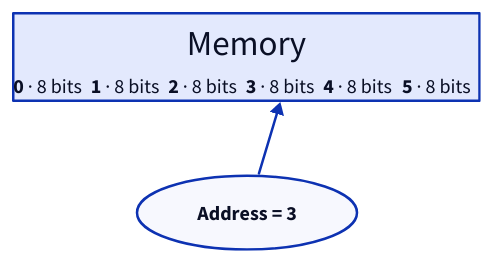
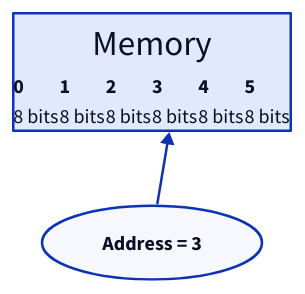
The fourth of 19 diagrams in src/computer-science/DSA/data-structures/1.arrays/01-introduction.md (ani2fun/note-book), drawn with D2 before and after one commit. The commit also changed other lines of this file, not shown here.

````diff
--- a/src/computer-science/DSA/data-structures/1.arrays/01-introduction.md
+++ b/src/computer-science/DSA/data-structures/1.arrays/01-introduction.md
@@ -142,31 +142,31 @@
 ```d2
 direction: right
 
 mem: Memory {
   grid-columns: 6
   grid-gap: 0
   b0: |md
-    **0** · 8 bits
+    **0**<br/>8 bits
   |
   b1: |md
-    **1** · 8 bits
+    **1**<br/>8 bits
   |
   b2: |md
-    **2** · 8 bits
+    **2**<br/>8 bits
   |
   b3: |md
-    **3** · 8 bits
+    **3**<br/>8 bits
   |
   b4: |md
-    **4** · 8 bits
+    **4**<br/>8 bits
   |
   b5: |md
-    **5** · 8 bits
+    **5**<br/>8 bits
   |
 }
 
 addr: Address = 3 {
   shape: oval
 }
 addr -> mem.b3
 ```
````
